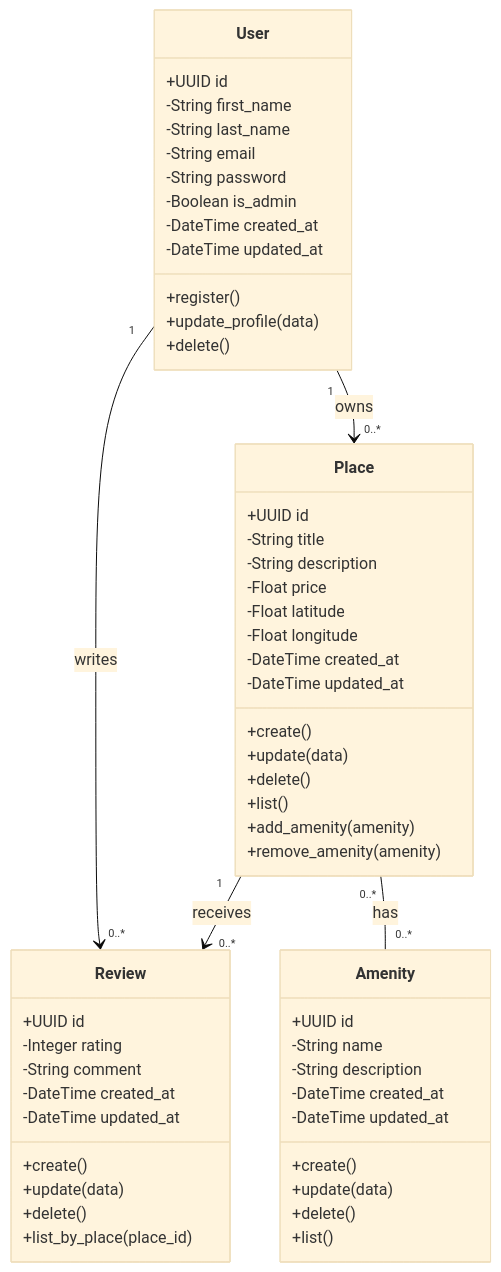
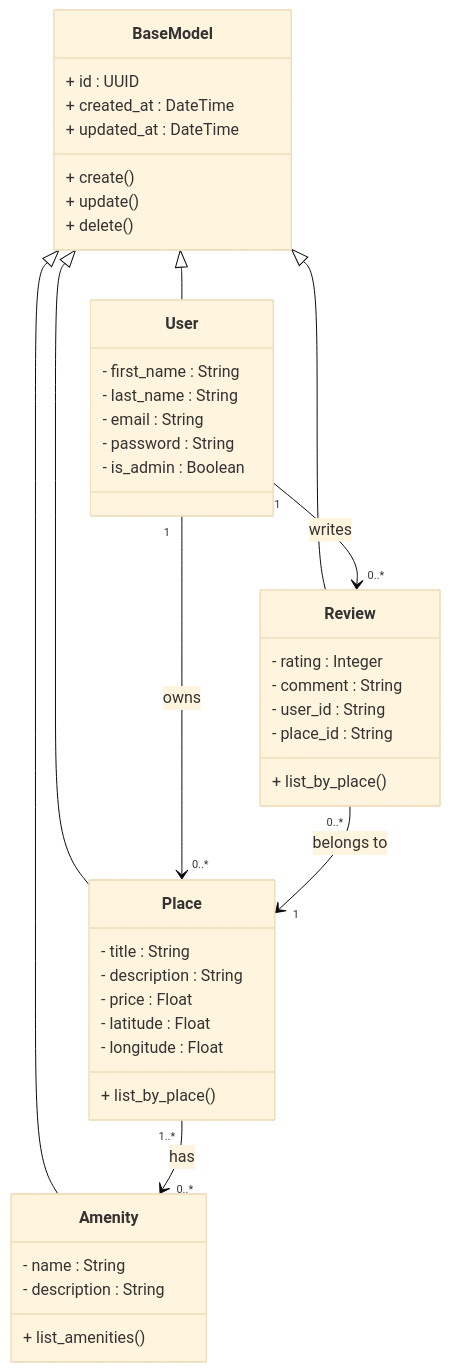
Before and after one commit to Jouri-IT/holbertonschool-hbnb: the second of 6 diagrams in part1/documentation.md, drawn with Mermaid (base theme).

Commit message:
Update class diagram

````diff
--- a/part1/documentation.md
+++ b/part1/documentation.md
@@ -129,62 +129,53 @@
 ```mermaid
 classDiagram
+direction TB
     class User {
-        +UUID id
-        -String first_name
-        -String last_name
-        -String email
-        -String password
-        -Boolean is_admin
-        -DateTime created_at
-        -DateTime updated_at
-        +register()
-        +update_profile(data)
-        +delete()
+	    - first_name : String
+	    - last_name : String
+	    - email : String
+	    - password : String
+	    - is_admin : Boolean
+	    
+    }
+
+    class Review {
+	    - rating : Integer
+	    - comment : String
+	    - user_id : String
+	    - place_id : String
+	    + list_by_place()
+    }
+
+    class BaseModel {
+	    + id : UUID
+	    + created_at : DateTime
+	    + updated_at : DateTime
+	    + create()
+	    + update()
+	    + delete()
+    }
+
+    class Amenity {
+	    - name : String
+	    - description : String
+	    + list_amenities()
     }
 
     class Place {
-        +UUID id
-        -String title
-        -String description
-        -Float price
-        -Float latitude
-        -Float longitude
-        -DateTime created_at
-        -DateTime updated_at
-        +create()
-        +update(data)
-        +delete()
-        +list()
-        +add_amenity(amenity)
-        +remove_amenity(amenity)
+	    - title : String
+	    - description : String
+	    - price : Float
+	    - latitude : Float
+	    - longitude : Float
+	    + list_by_place()
     }
 
-    class Review {
-        +UUID id
-        -Integer rating
-        -String comment
-        -DateTime created_at
-        -DateTime updated_at
-        +create()
-        +update(data)
-        +delete()
-        +list_by_place(place_id)
-    }
-
-    class Amenity {
-        +UUID id
-        -String name
-        -String description
-        -DateTime created_at
-        -DateTime updated_at
-        +create()
-        +update(data)
-        +delete()
-        +list()
-    }
-
+    BaseModel <|-- User
+    BaseModel <|-- Place
+    BaseModel <|-- Review
+    BaseModel <|-- Amenity
     User "1" --> "0..*" Place : owns
     User "1" --> "0..*" Review : writes
-    Place "1" --> "0..*" Review : receives
-    Place "0..*" -- "0..*" Amenity : has
+    Place "1..*" --> "0..*" Amenity : has
+    Review "0..*" --> "1" Place : belongs to
 ```
````
